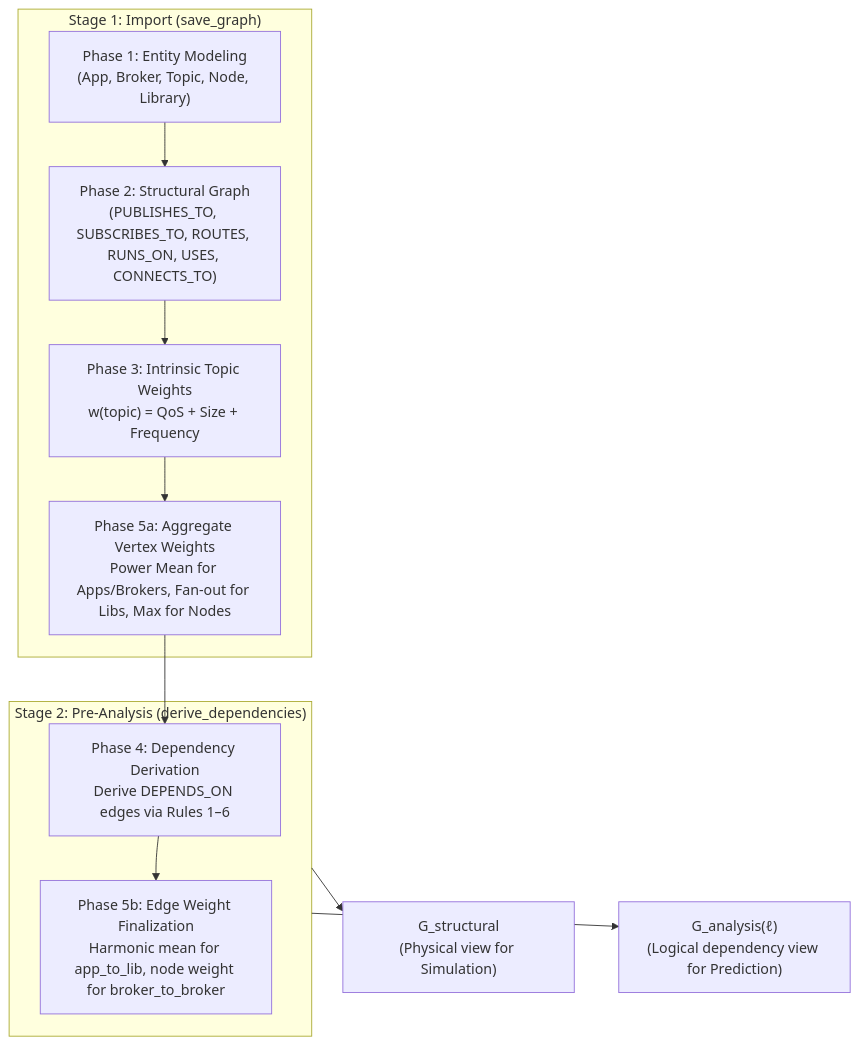
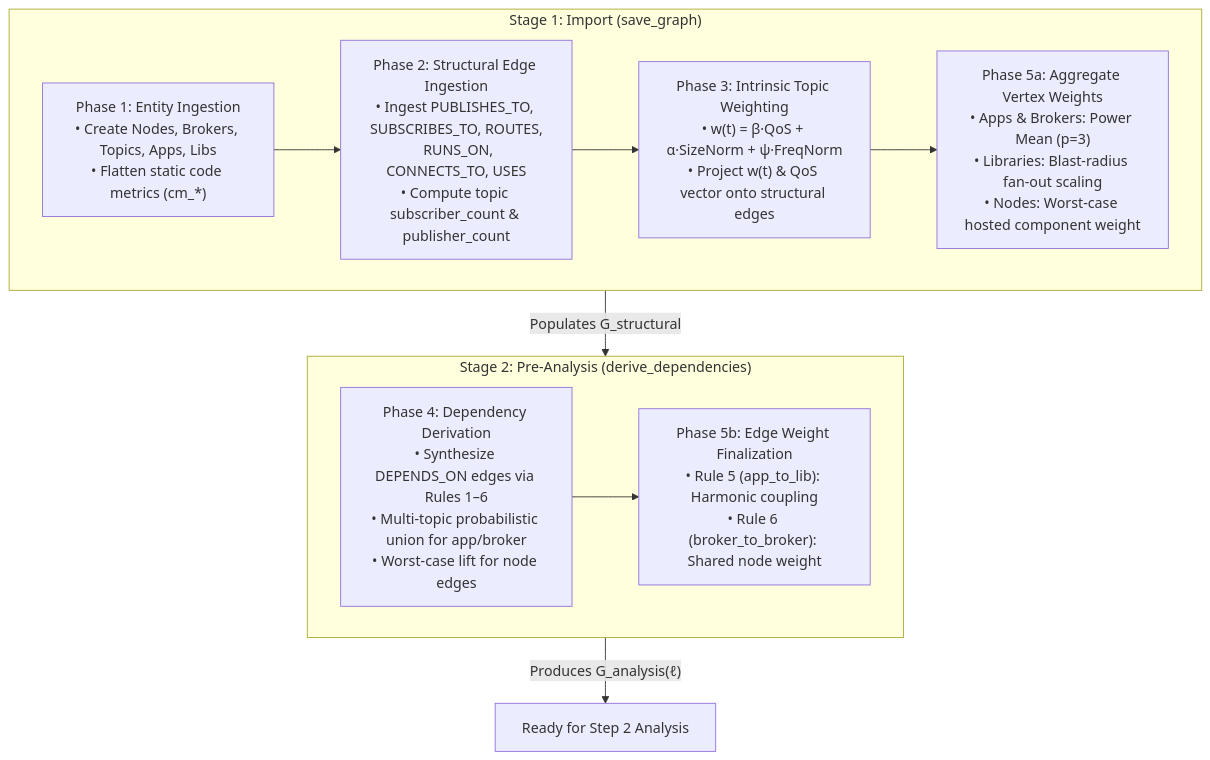
One commit to onuralpyigit/software-as-a-graph changed the second of 5 diagrams in docs/graph-model.md. Above: the diagram before and after it, drawn with Mermaid. The commit also changed other lines of this file and 16 other files, not shown here.

````diff
--- a/docs/graph-model.md
+++ b/docs/graph-model.md
@@ -38,16 +157,21 @@
 ```mermaid
 flowchart TD
     subgraph Stage1["Stage 1: Import (save_graph)"]
-        P1["Phase 1: Entity Modeling<br/>(App, Broker, Topic, Node, Library)"] --> P2["Phase 2: Structural Graph<br/>(PUBLISHES_TO, SUBSCRIBES_TO, ROUTES, RUNS_ON, USES, CONNECTS_TO)"]
-        P2 --> P3["Phase 3: Intrinsic Topic Weights<br/>w(topic) = QoS + Size + Frequency"]
-        P3 --> P5a["Phase 5a: Aggregate Vertex Weights<br/>Power Mean for Apps/Brokers, Fan-out for Libs, Max for Nodes"]
+        P1["Phase 1: Entity Ingestion<br/>• Create Nodes, Brokers, Topics, Apps, Libs<br/>• Flatten static code metrics (cm_*)"]
+        P2["Phase 2: Structural Edge Ingestion<br/>• Ingest PUBLISHES_TO, SUBSCRIBES_TO, ROUTES,<br/>  RUNS_ON, CONNECTS_TO, USES<br/>• Compute topic subscriber_count & publisher_count"]
+        P3["Phase 3: Intrinsic Topic Weighting<br/>• w(t) = β·QoS + α·SizeNorm + ψ·FreqNorm<br/>• Project w(t) & QoS vector onto structural edges"]
+        P5a["Phase 5a: Aggregate Vertex Weights<br/>• Apps & Brokers: Power Mean (p=3)<br/>• Libraries: Blast-radius fan-out scaling<br/>• Nodes: Worst-case hosted component weight"]
+
+        P1 --> P2 --> P3 --> P5a
     end
 
     subgraph Stage2["Stage 2: Pre-Analysis (derive_dependencies)"]
-        P5a --> P4["Phase 4: Dependency Derivation<br/>Derive DEPENDS_ON edges via Rules 1–6"]
-        P4 --> P5b["Phase 5b: Edge Weight Finalization<br/>Harmonic mean for app_to_lib, node weight for broker_to_broker"]
+        P4["Phase 4: Dependency Derivation<br/>• Synthesize DEPENDS_ON edges via Rules 1–6<br/>• Multi-topic probabilistic union for app/broker<br/>• Worst-case lift for node edges"]
+        P5b["Phase 5b: Edge Weight Finalization<br/>• Rule 5 (app_to_lib): Harmonic coupling<br/>• Rule 6 (broker_to_broker): Shared node weight"]
+
+        P4 --> P5b
     end
 
-    Stage2 --> GStruct["G_structural<br/>(Physical view for Simulation)"]
-    Stage2 --> GAnal["G_analysis(ℓ)<br/>(Logical dependency view for Prediction)"]
+    Stage1 -->|"Populates G_structural"| Stage2
+    Stage2 -->|"Produces G_analysis(ℓ)"| Output["Ready for Step 2 Analysis"]
 ```
````
